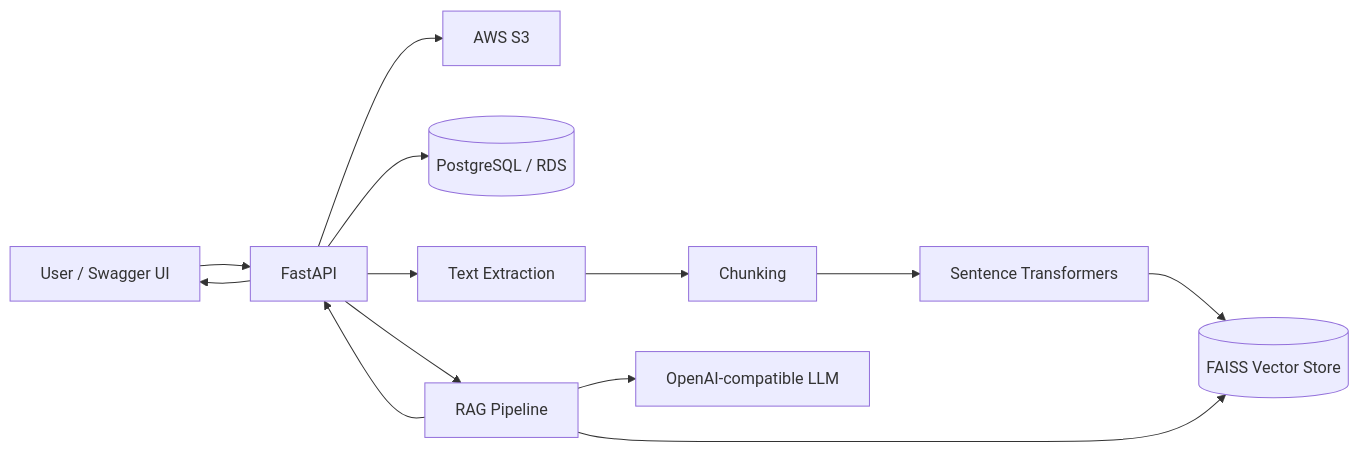
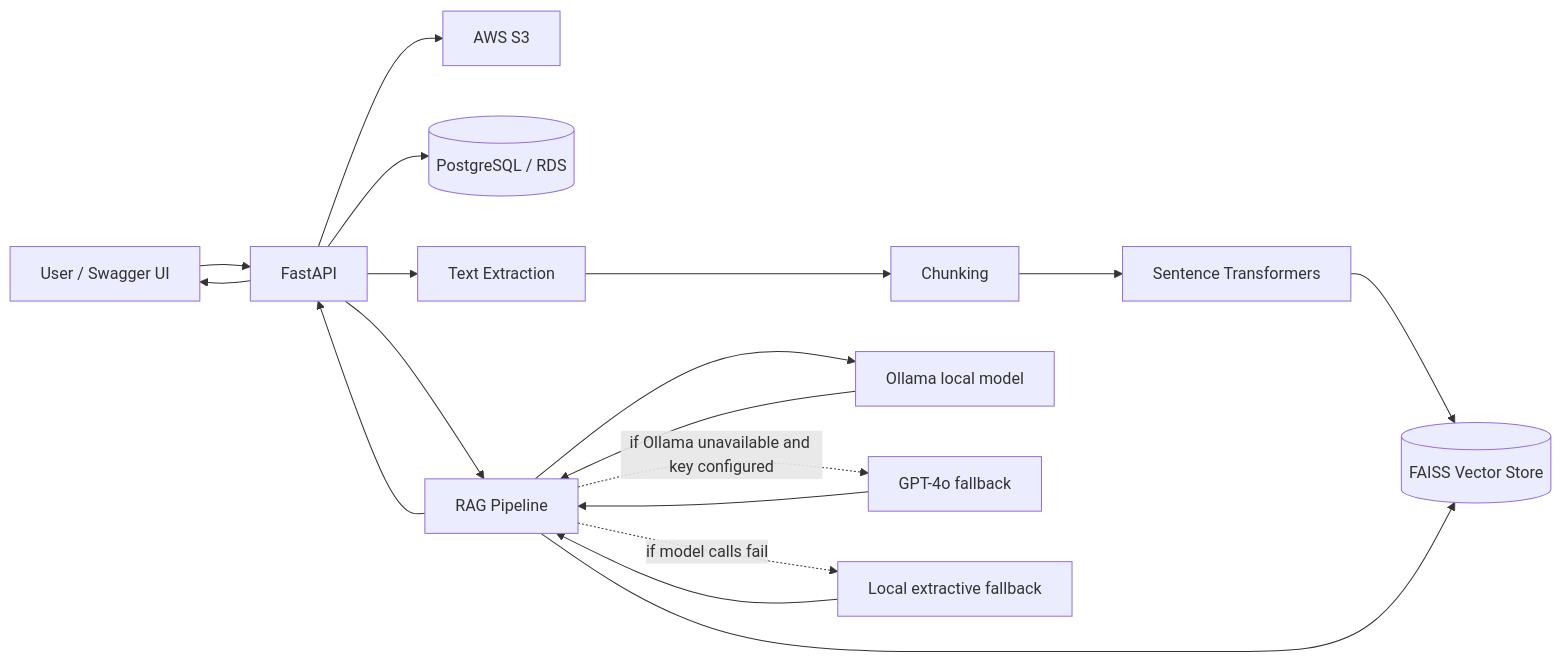
One commit to Ram1285/AI-Document-RAG changed the diagram in docs/architecture.md. Above: the diagram before and after it, drawn with Mermaid. The commit also changed 5 other files, not shown here.

````diff
--- a/docs/architecture.md
+++ b/docs/architecture.md
@@ -3,15 +3,20 @@
 ```mermaid
 flowchart LR
     U[User / Swagger UI] --> API[FastAPI]
     API --> S3[AWS S3]
     API --> DB[(PostgreSQL / RDS)]
     API --> EX[Text Extraction]
     EX --> CH[Chunking]
     CH --> EM[Sentence Transformers]
     EM --> FAISS[(FAISS Vector Store)]
     API --> RAG[RAG Pipeline]
     RAG --> FAISS
-    RAG --> LLM[OpenAI-compatible LLM]
+    RAG --> OL[Ollama local model]
+    OL --> RAG
+    RAG -. if Ollama unavailable and key configured .-> GPT[GPT-4o fallback]
+    GPT --> RAG
+    RAG -. if model calls fail .-> EA[Local extractive fallback]
+    EA --> RAG
     RAG --> API
     API --> U
 ```
````
